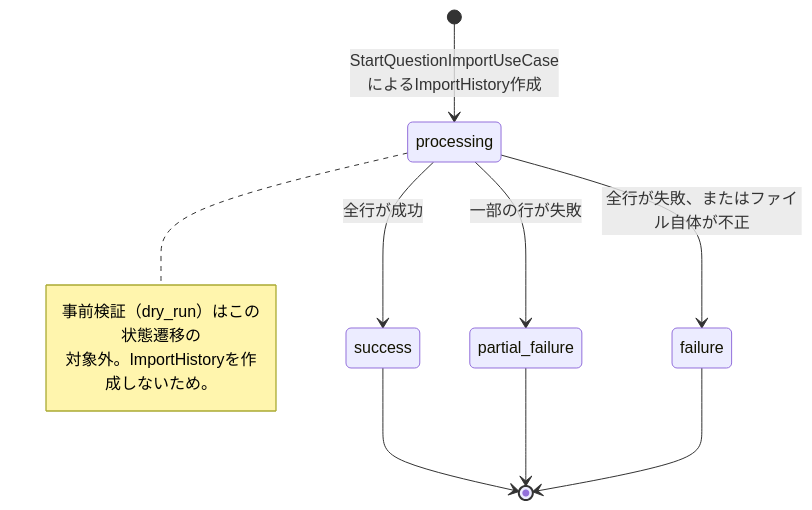
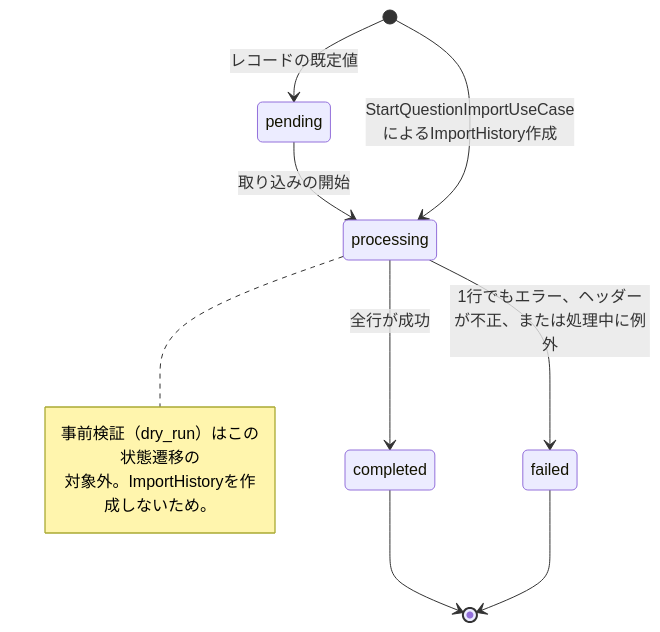
One commit to yuta20253/edu-platform-go-design changed the second of 5 diagrams in 計画書/GO移行・設計仕様書/管理者問題インポート機能_Go移行・設計仕様書.md. Above: the diagram before and after it, drawn with Mermaid. The commit also changed other lines of this file and 4 other files, not shown here.

````diff
--- a/計画書/GO移行・設計仕様書/管理者問題インポート機能_Go移行・設計仕様書.md
+++ b/計画書/GO移行・設計仕様書/管理者問題インポート機能_Go移行・設計仕様書.md
@@ -282,15 +288,15 @@
 ```mermaid
 stateDiagram-v2
+    [*] --> pending : レコードの既定値
+    pending --> processing : 取り込みの開始
     [*] --> processing : StartQuestionImportUseCaseによるImportHistory作成
-    processing --> success : 全行が成功
-    processing --> partial_failure : 一部の行が失敗
-    processing --> failure : 全行が失敗、またはファイル自体が不正
-    success --> [*]
-    partial_failure --> [*]
-    failure --> [*]
+    processing --> completed : 全行が成功
+    processing --> failed : 1行でもエラー、ヘッダーが不正、または処理中に例外
+    completed --> [*]
+    failed --> [*]
 
     note right of processing
         事前検証（dry_run）はこの状態遷移の
         対象外。ImportHistoryを作成しないため。
     end note
 ```
````
